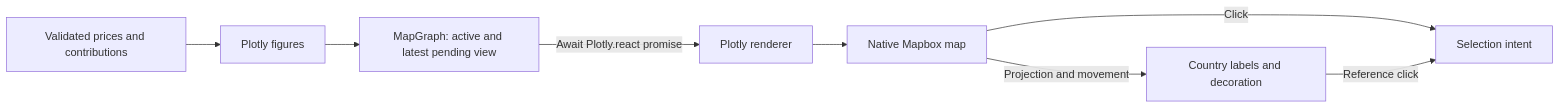
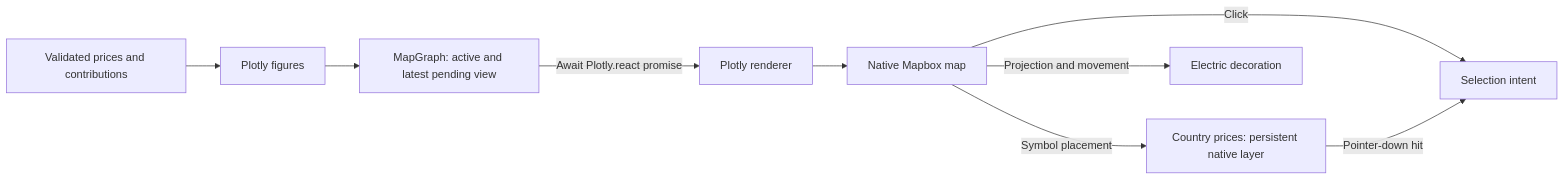
Before and after one commit to zoltanmaric/coppersushi: the diagram in frontend/src/map/README.md, drawn with Mermaid. The commit also changed other lines of this file and 8 other files, not shown here.

First line of the commit message:
Let Mapbox place country prices without fading (#246)

````diff
--- a/frontend/src/map/README.md
+++ b/frontend/src/map/README.md
@@ -7,10 +7,11 @@
 ```mermaid
 flowchart LR
     data["Validated prices and contributions"] --> figures["Plotly figures"]
     figures --> latest["MapGraph: active and latest pending view"]
     latest -->|Await Plotly.react promise| renderer["Plotly renderer"]
     renderer --> map["Native Mapbox map"]
-    map -->|Projection and movement| labels["Country labels and decoration"]
+    map -->|Symbol placement| labels["Country prices: persistent native layer"]
+    map -->|Projection and movement| decoration["Electric decoration"]
     map -->|Click| intent["Selection intent"]
-    labels -->|Reference click| intent
+    labels -->|Pointer-down hit| intent
 ```
````
